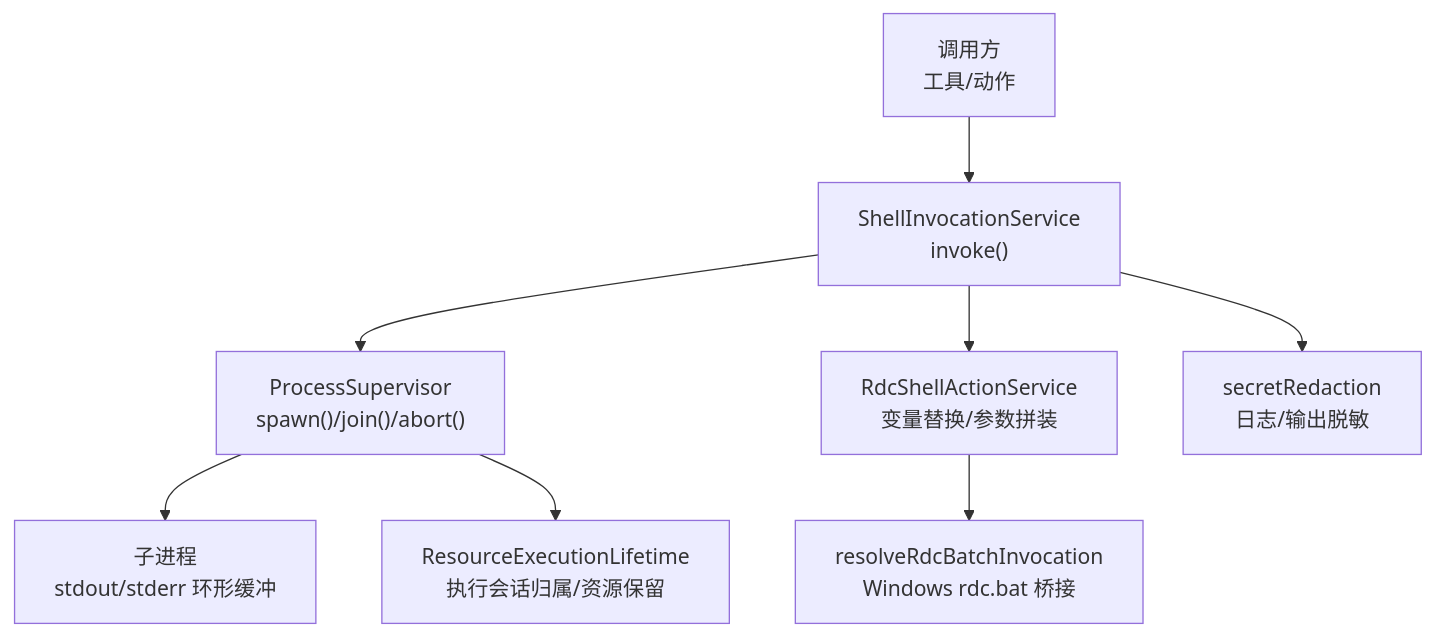
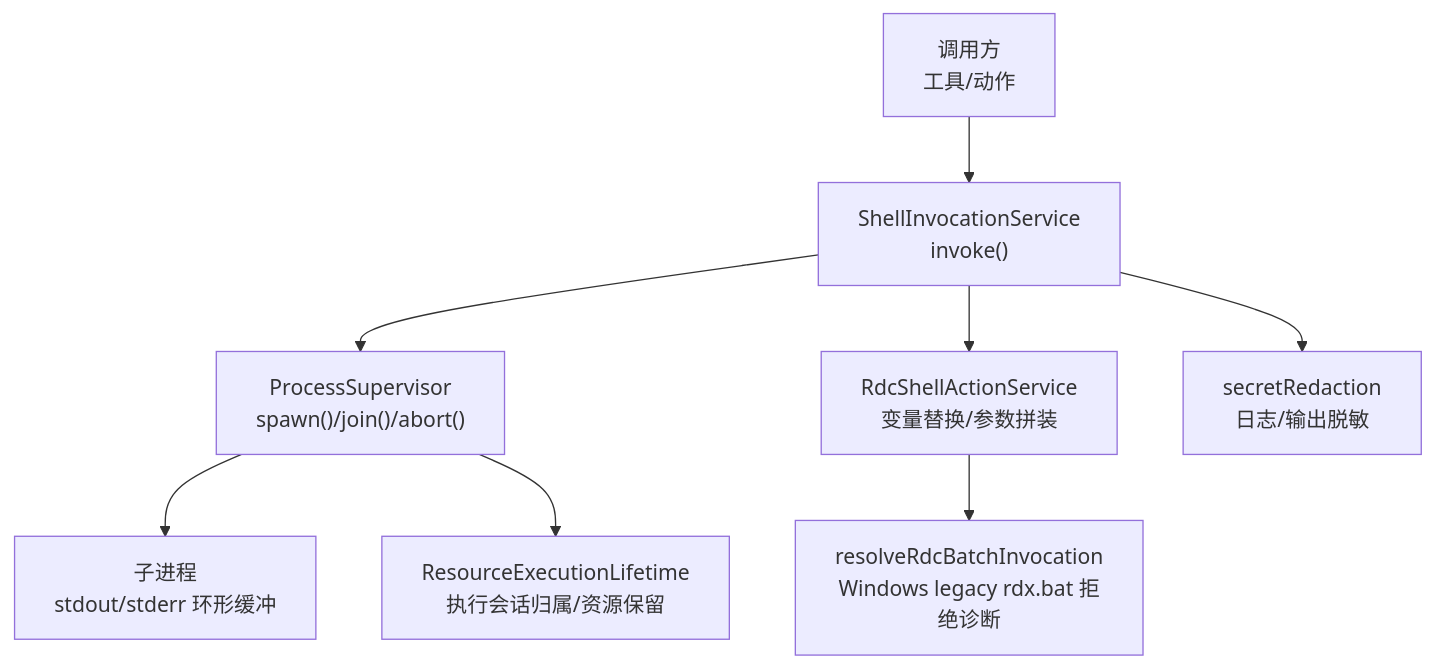
One commit to haolange/RDC-Agent changed the first of 6 diagrams in .qoder/repowiki/zh/content/核心模块/工具系统/Shell 执行服务.md. Above: the diagram before and after it, drawn with Mermaid. The commit also changed other lines of this file and 18 other files, not shown here.

````diff
--- a/.qoder/repowiki/zh/content/核心模块/工具系统/Shell 执行服务.md
+++ b/.qoder/repowiki/zh/content/核心模块/工具系统/Shell 执行服务.md
@@ -34,10 +34,10 @@
 ```mermaid
 graph TB
 A["调用方<br/>工具/动作"] --> B["ShellInvocationService<br/>invoke()"]
 B --> C["ProcessSupervisor<br/>spawn()/join()/abort()"]
 C --> D["子进程<br/>stdout/stderr 环形缓冲"]
 B --> E["RdcShellActionService<br/>变量替换/参数拼装"]
-E --> F["resolveRdcBatchInvocation<br/>Windows rdc.bat 桥接"]
+E --> F["resolveRdcBatchInvocation<br/>Windows legacy rdx.bat 拒绝诊断"]
 C --> G["ResourceExecutionLifetime<br/>执行会话归属/资源保留"]
 B --> H["secretRedaction<br/>日志/输出脱敏"]
 ```
````
